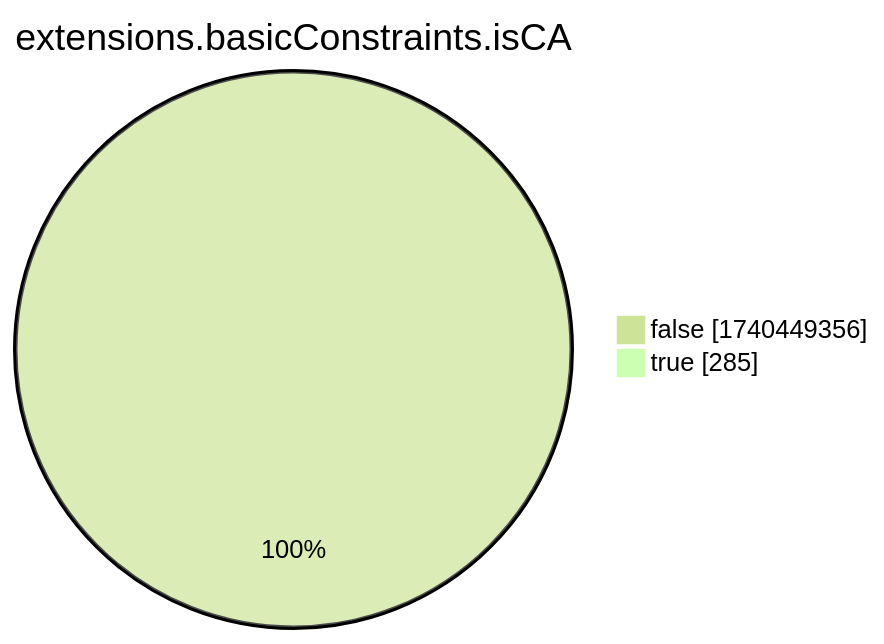
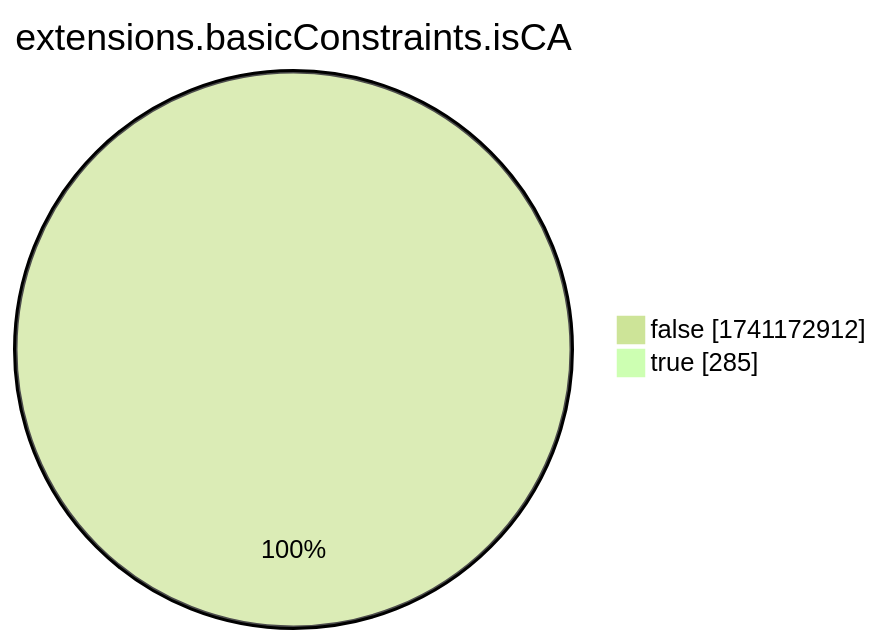
The eighth of 15 diagrams in xenon2022/README.md (christiankrug/ctmonitor_visualization), drawn with Mermaid (forest theme) before and after one commit. The commit also changed other lines of this file, not shown here.

````diff
--- a/xenon2022/README.md
+++ b/xenon2022/README.md
@@ -2867,6 +2867,6 @@
 ```mermaid
 pie showData
 title extensions.basicConstraints.isCA
-"false" :1740449356
+"false" :1741172912
 "true" :285
 ```
````
